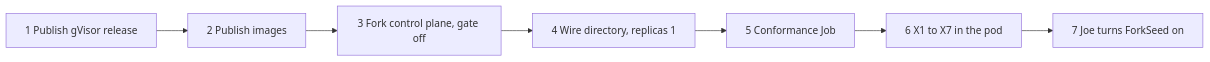
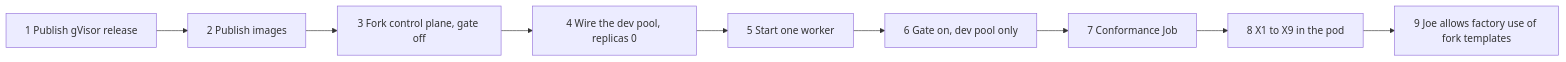
The first of 3 diagrams in projects/factory-cluster/README.md (jomcgi-org/homelab), drawn with Mermaid before and after one commit. The commit also changed other lines of this file and 2 other files, not shown here.

First line of the commit message:
docs(factory-cluster): fix the staged-fork enable order, gates and rollback

````diff
--- a/projects/factory-cluster/README.md
+++ b/projects/factory-cluster/README.md
@@ -568,9 +569,11 @@
 ```mermaid
 flowchart LR
   R[1 Publish gVisor release] --> I[2 Publish images]
   I --> C[3 Fork control plane, gate off]
-  C --> P[4 Wire directory, replicas 1]
-  P --> J[5 Conformance Job]
-  J --> X[6 X1 to X7 in the pod]
-  X --> G[7 Joe turns ForkSeed on]
+  C --> W[4 Wire the dev pool, replicas 0]
+  W --> S[5 Start one worker]
+  S --> G[6 Gate on, dev pool only]
+  G --> J[7 Conformance Job]
+  J --> X[8 X1 to X9 in the pod]
+  X --> F[9 Joe allows factory use of fork templates]
 ```
````
